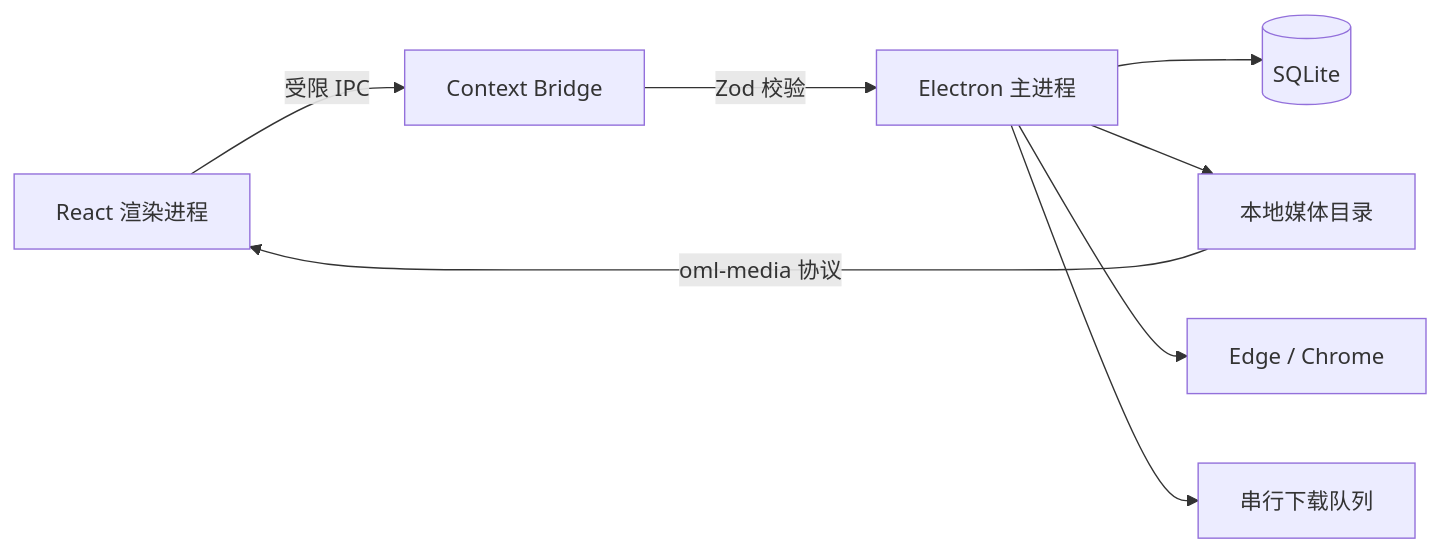
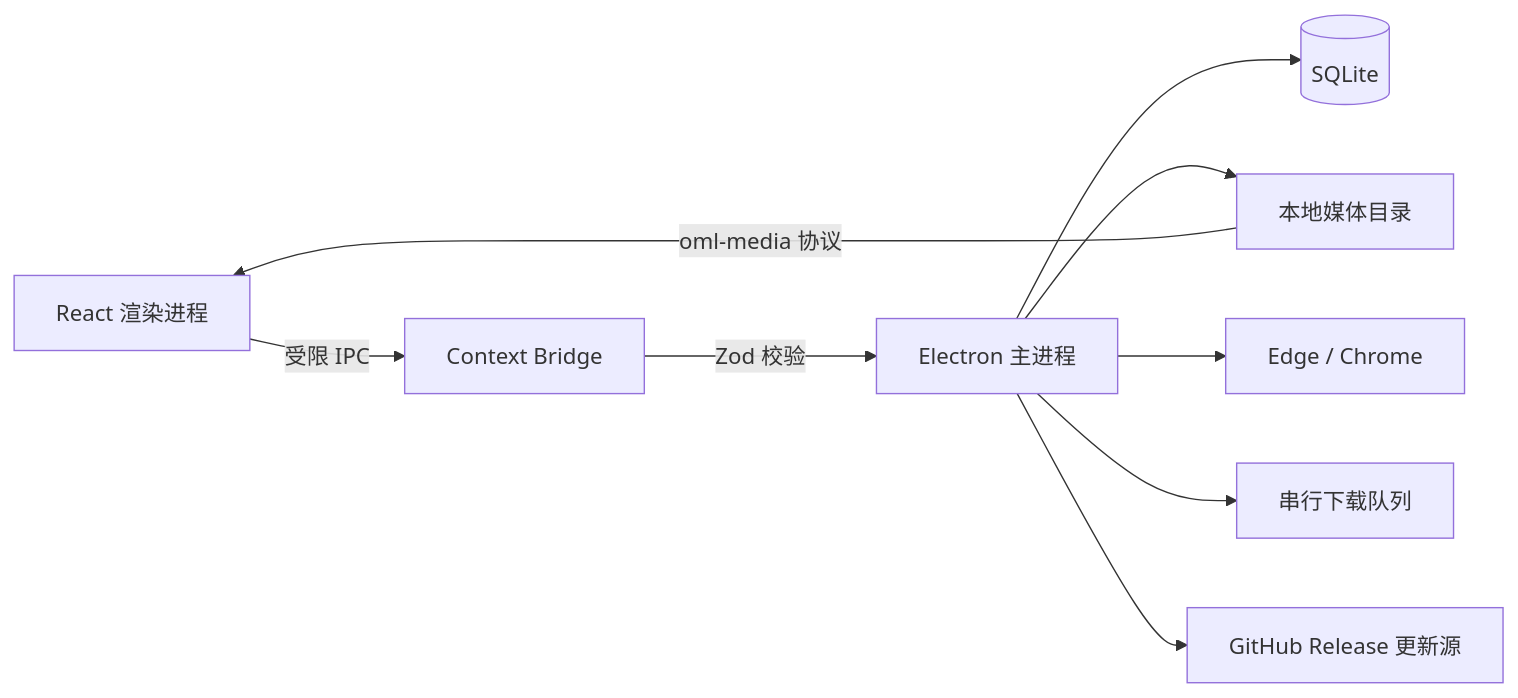
One commit to galaxywk223/original-media-library changed the diagram in docs/ARCHITECTURE.md. Above: the diagram before and after it, drawn with Mermaid. The commit also changed other lines of this file and 27 other files, not shown here.

````diff
--- a/docs/ARCHITECTURE.md
+++ b/docs/ARCHITECTURE.md
@@ -5,10 +5,11 @@
 ```mermaid
 flowchart LR
   UI[React 渲染进程] -->|受限 IPC| Preload[Context Bridge]
   Preload -->|Zod 校验| Main[Electron 主进程]
   Main --> DB[(SQLite)]
   Main --> FS[本地媒体目录]
   Main --> Browser[Edge / Chrome]
   Main --> Queue[串行下载队列]
+  Main --> Release[GitHub Release 更新源]
   FS -->|oml-media 协议| UI
 ```
````
